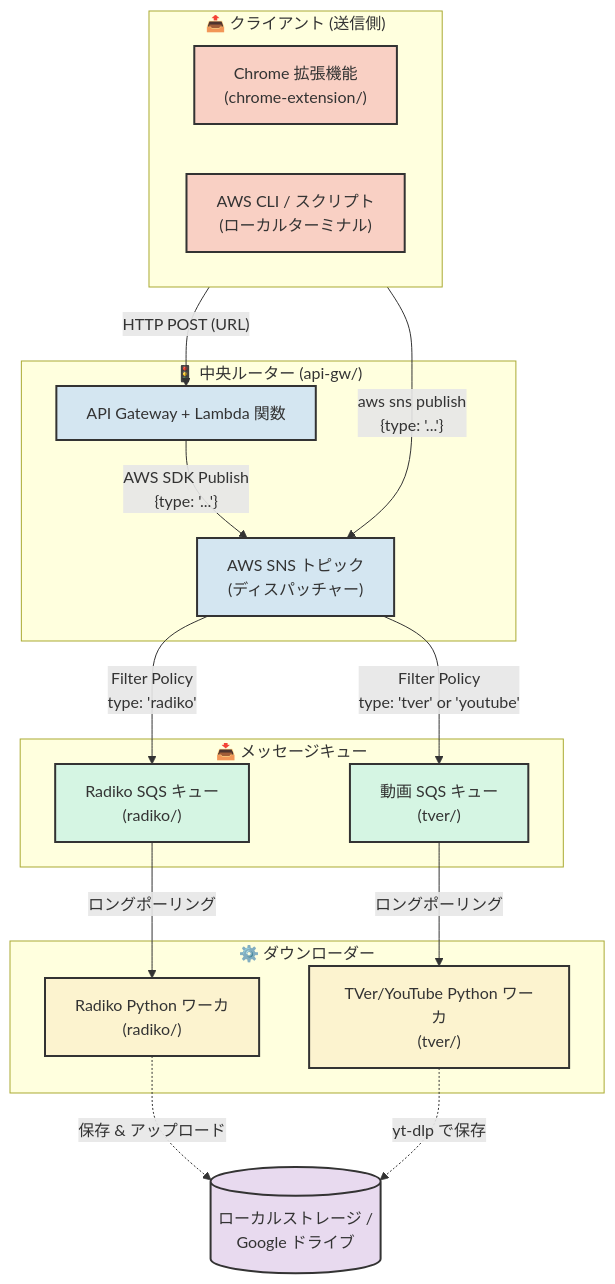
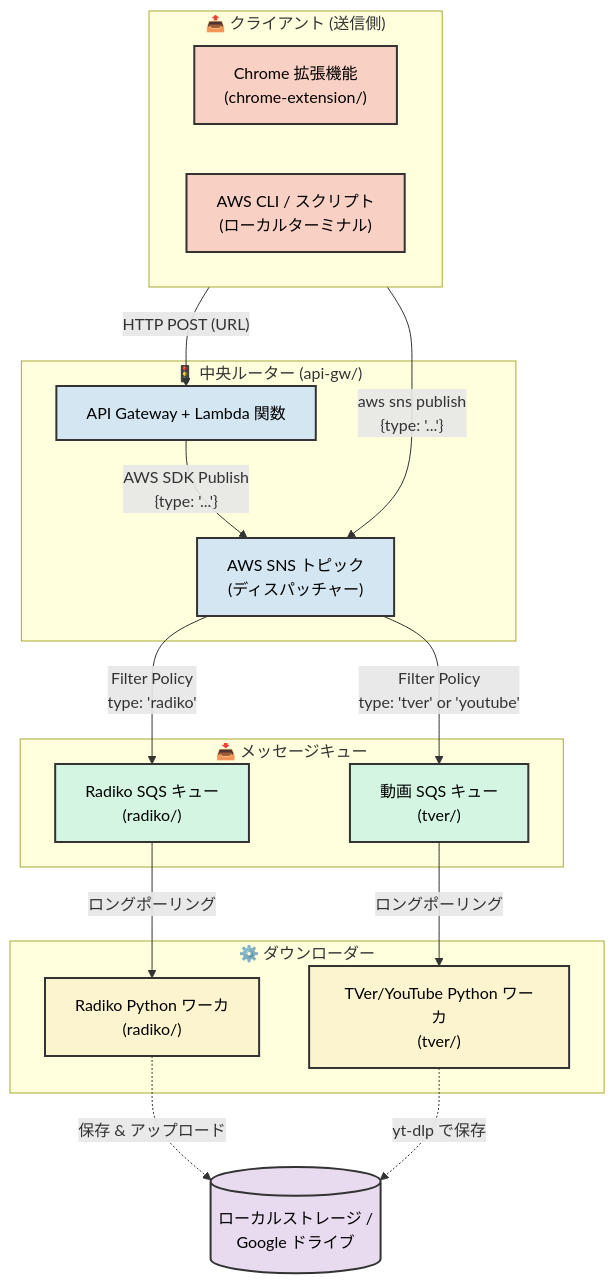
Before and after one commit to khirata/media-downloader: the diagram in README_ja.md, drawn with Mermaid. The commit also changed 1 other file, not shown here.

Commit message:
docs: enforce black text on mermaid diagram boxes

````diff
--- a/README_ja.md
+++ b/README_ja.md
@@ -10,48 +10,48 @@
 ```mermaid
 graph TD
-    classDef client fill:#f9d0c4,stroke:#333,stroke-width:2px;
-    classDef router fill:#d4e6f1,stroke:#333,stroke-width:2px;
-    classDef queue fill:#d5f5e3,stroke:#333,stroke-width:2px;
-    classDef worker fill:#fcf3cf,stroke:#333,stroke-width:2px;
-    classDef storage fill:#e8daef,stroke:#333,stroke-width:2px;
+    classDef client fill:#f9d0c4,stroke:#333,stroke-width:2px,color:#000;
+    classDef router fill:#d4e6f1,stroke:#333,stroke-width:2px,color:#000;
+    classDef queue fill:#d5f5e3,stroke:#333,stroke-width:2px,color:#000;
+    classDef worker fill:#fcf3cf,stroke:#333,stroke-width:2px,color:#000;
+    classDef storage fill:#e8daef,stroke:#333,stroke-width:2px,color:#000;
 
     subgraph Clients ["📤 クライアント (送信側)"]
         direction LR
         EXT["Chrome 拡張機能<br/>(chrome-extension/)"]:::client
         CLI["AWS CLI / スクリプト<br/>(ローカルターミナル)"]:::client
     end
 
     subgraph Dispatcher ["🚦 中央ルーター (api-gw/)"]
         API["API Gateway + Lambda 関数"]:::router
         SNS["AWS SNS トピック<br/>(ディスパッチャー)"]:::router
     end
 
     subgraph Queues ["📥 メッセージキュー"]
         SQS_R["Radiko SQS キュー<br/>(radiko/)"]:::queue
         SQS_T["動画 SQS キュー<br/>(tver/)"]:::queue
     end
 
     subgraph Workers ["⚙️ ダウンローダー"]
         WORK_R["Radiko Python ワーカ<br/>(radiko/)"]:::worker
         WORK_T["TVer/YouTube Python ワーカ<br/>(tver/)"]:::worker
     end
     
     STORAGE[("ローカルストレージ /<br/>Google ドライブ")]:::storage
 
     %% Client flows
     EXT -->|"HTTP POST (URL)"| API
     API -->|"AWS SDK Publish<br/>{type: '...'} "| SNS
     CLI -->|"aws sns publish<br/>{type: '...'} "| SNS
 
     %% Dispatcher routing based on message attributes/body
     SNS -->|"Filter Policy<br/>type: 'radiko'"| SQS_R
     SNS -->|"Filter Policy<br/>type: 'tver' or 'youtube'"| SQS_T
 
     %% Worker polling
     SQS_R -->|"ロングポーリング"| WORK_R
     SQS_T -->|"ロングポーリング"| WORK_T
 
     %% Final output
     WORK_R -.->|"保存 & アップロード"| STORAGE
     WORK_T -.->|"yt-dlp で保存"| STORAGE
 ```
````
